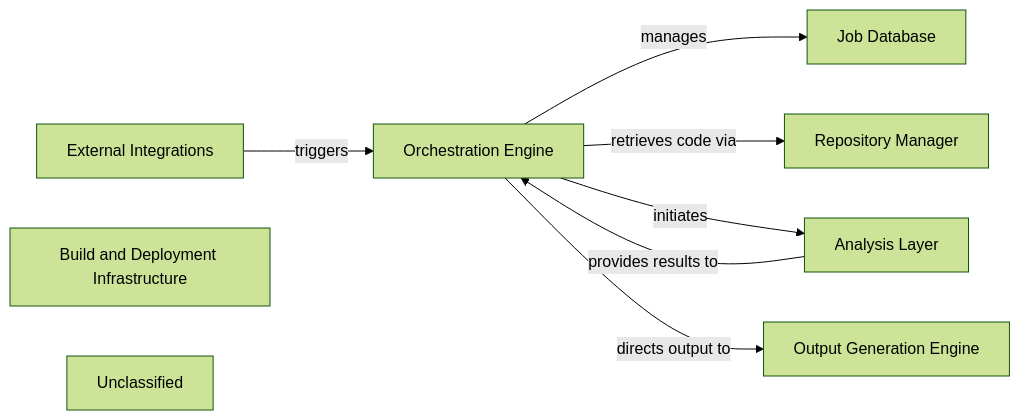
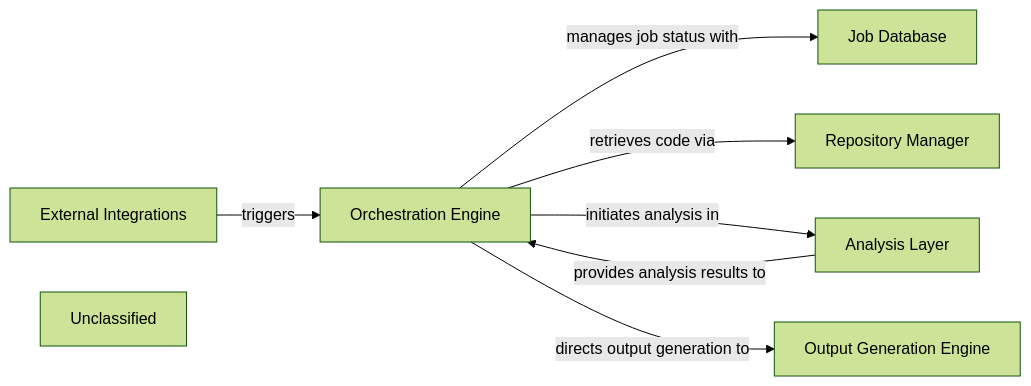
One commit to mariyam866/CodeBoarding changed the diagram in .codeboarding/Orchestration_Engine.md. Above: the diagram before and after it, drawn with Mermaid (forest theme). The commit also changed other lines of this file and 15 other files, not shown here.

First line of the commit message:
docs: update codeboarding documentation and generate architecture

````diff
--- a/.codeboarding/Orchestration_Engine.md
+++ b/.codeboarding/Orchestration_Engine.md
@@ -1,20 +1,19 @@
 ```mermaid
 graph LR
     Orchestration_Engine["Orchestration Engine"]
     Job_Database["Job Database"]
     Repository_Manager["Repository Manager"]
     Analysis_Layer["Analysis Layer"]
     Output_Generation_Engine["Output Generation Engine"]
     External_Integrations["External Integrations"]
-    Build_and_Deployment_Infrastructure["Build and Deployment Infrastructure"]
     Unclassified["Unclassified"]
     External_Integrations -- "triggers" --> Orchestration_Engine
-    Orchestration_Engine -- "manages" --> Job_Database
+    Orchestration_Engine -- "manages job status with" --> Job_Database
     Orchestration_Engine -- "retrieves code via" --> Repository_Manager
-    Orchestration_Engine -- "initiates" --> Analysis_Layer
-    Analysis_Layer -- "provides results to" --> Orchestration_Engine
-    Orchestration_Engine -- "directs output to" --> Output_Generation_Engine
+    Orchestration_Engine -- "initiates analysis in" --> Analysis_Layer
+    Analysis_Layer -- "provides analysis results to" --> Orchestration_Engine
+    Orchestration_Engine -- "directs output generation to" --> Output_Generation_Engine
     click Orchestration_Engine href "https://github.com/CodeBoarding/CodeBoarding/blob/main/.codeboarding/Orchestration_Engine.md" "Details"
     click Repository_Manager href "https://github.com/CodeBoarding/CodeBoarding/blob/main/.codeboarding/Repository_Manager.md" "Details"
     click Output_Generation_Engine href "https://github.com/CodeBoarding/CodeBoarding/blob/main/.codeboarding/Output_Generation_Engine.md" "Details"
 ```
````
